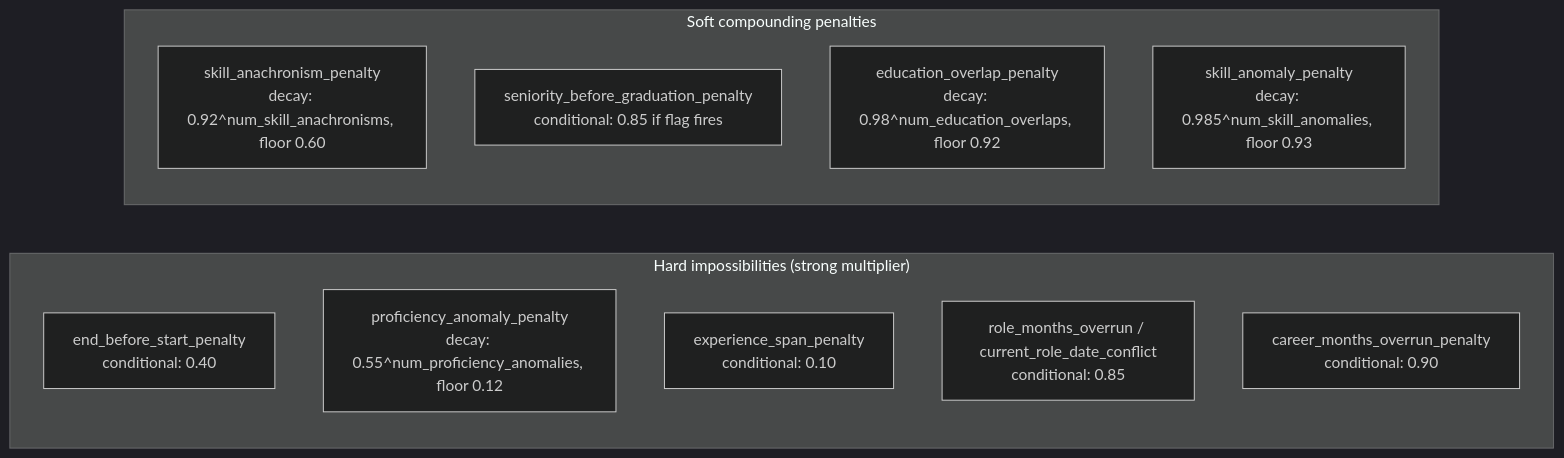
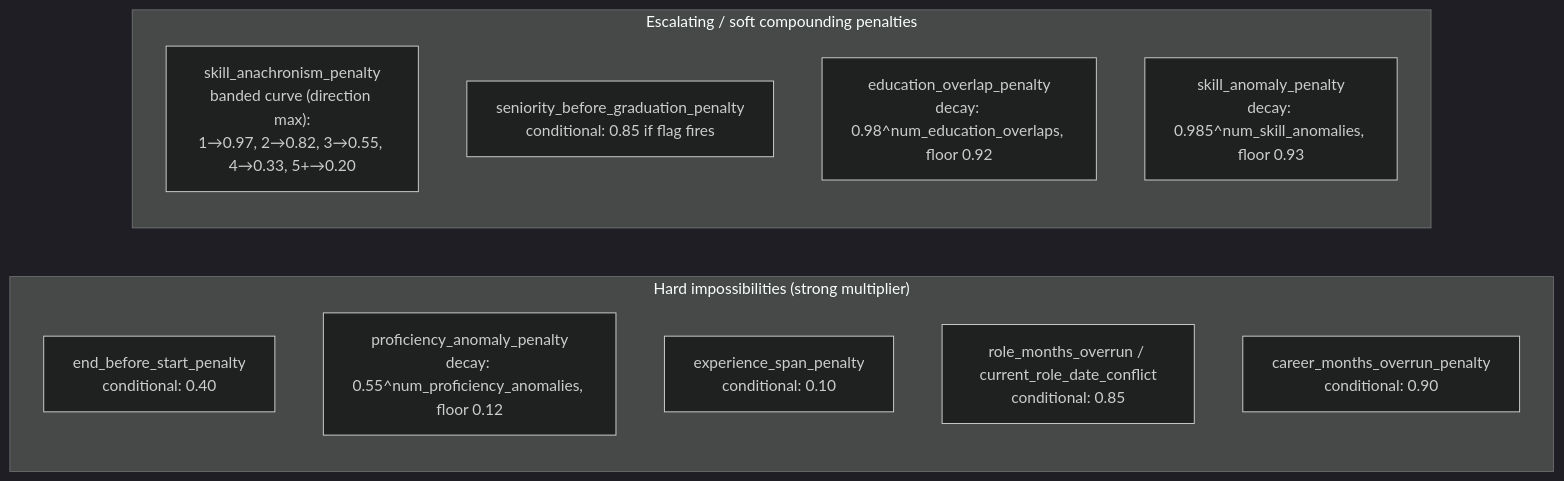
One commit to ankitkr-04/candidate-ranker-v2 changed the second of 2 diagrams in docs/integrity.md. Above: the diagram before and after it, drawn with Mermaid (dark theme). The commit also changed other lines of this file and 5 other files, not shown here.

````diff
--- a/docs/integrity.md
+++ b/docs/integrity.md
@@ -161,17 +161,17 @@
 ```mermaid
 graph LR
     subgraph "Hard impossibilities (strong multiplier)"
         H1["end_before_start_penalty\nconditional: 0.40"]
         H2["proficiency_anomaly_penalty\ndecay: 0.55^num_proficiency_anomalies, floor 0.12"]
         H3["experience_span_penalty\nconditional: 0.10"]
         H4["role_months_overrun / current_role_date_conflict\nconditional: 0.85"]
         H5["career_months_overrun_penalty\nconditional: 0.90"]
     end
 
-    subgraph "Soft compounding penalties"
-        P1["skill_anachronism_penalty\ndecay: 0.92^num_skill_anachronisms, floor 0.60"]
+    subgraph "Escalating / soft compounding penalties"
+        P1["skill_anachronism_penalty\nbanded curve (direction max):\n1→0.97, 2→0.82, 3→0.55, 4→0.33, 5+→0.20"]
         P2["seniority_before_graduation_penalty\nconditional: 0.85 if flag fires"]
         P3["education_overlap_penalty\ndecay: 0.98^num_education_overlaps, floor 0.92"]
         P4["skill_anomaly_penalty\ndecay: 0.985^num_skill_anomalies, floor 0.93"]
     end
 ```
````
